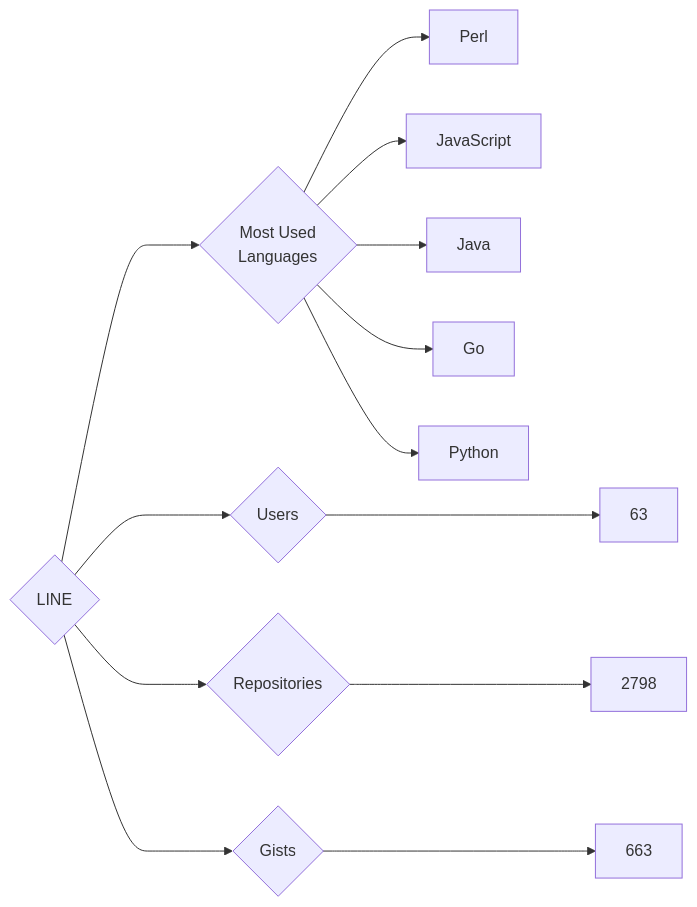
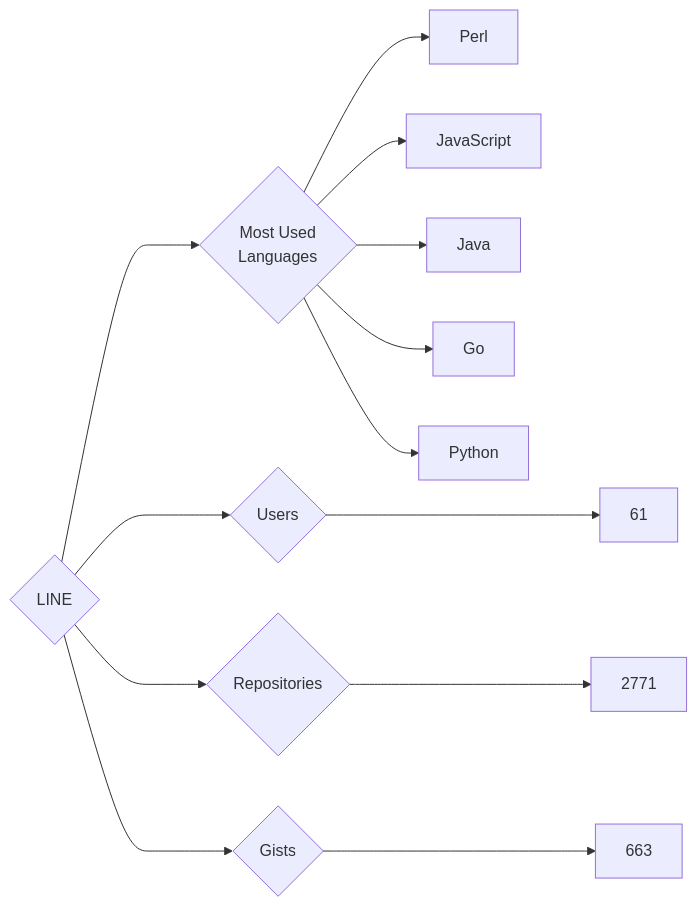
Before and after one commit to trickest/insiders: the diagram in targets/LINE/README.md, drawn with Mermaid. The commit also changed 838 other files, not shown here.

````diff
--- a/targets/LINE/README.md
+++ b/targets/LINE/README.md
@@ -3,13 +3,13 @@
 ```mermaid
 graph LR
 COMPANY_NAME{LINE}
-COMPANY_NAME ---> U{Users} ---> UN[63]
-COMPANY_NAME ---> R{Repositories} ---> RN[2798]
+COMPANY_NAME ---> U{Users} ---> UN[61]
+COMPANY_NAME ---> R{Repositories} ---> RN[2771]
 COMPANY_NAME ---> G{Gists} ---> GN[663]
 COMPANY_NAME ---> ML{Most Used<br>Languages}
 ML --> Perl[Perl]
 ML --> JavaScript[JavaScript]
 ML --> Java[Java]
 ML --> Go[Go]
 ML --> Python[Python]
 ```
````
